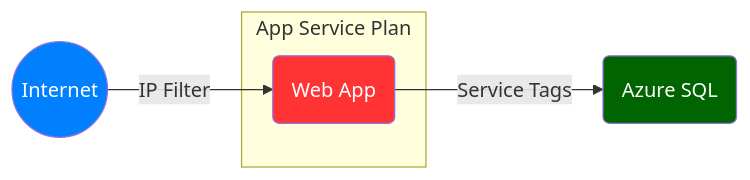
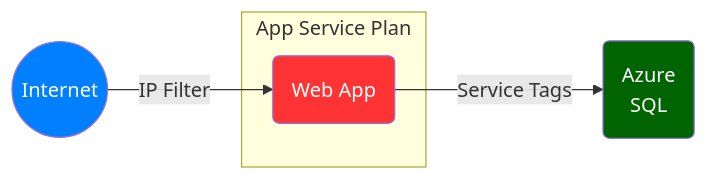
One commit to msalemor/app-services-networking changed the second of 7 diagrams in README.md. Above: the diagram before and after it, drawn with Mermaid. The commit also changed other lines of this file, not shown here.

````diff
--- a/README.md
+++ b/README.md
@@ -61,15 +61,15 @@
 ```mermaid
 graph LR;
   A((Internet))-- IP Filter -->a1;
   subgraph "App Service Plan"
     a1(Web App)
   end
-  a1-- Service Tags -->C(Azure SQL);
+  a1-- Service Tags -->C(Azure<br/>SQL);
   classDef internet fill:#007FFF,color:white;
   classDef unsafe fill:#ff3333,color:white;
   classDef semisafe fill:darkorange,color:black;
   classDef safe fill:darkgreen,color:white;
   class A internet;
   class a1 unsafe;
   class C safe;
 ```
````
